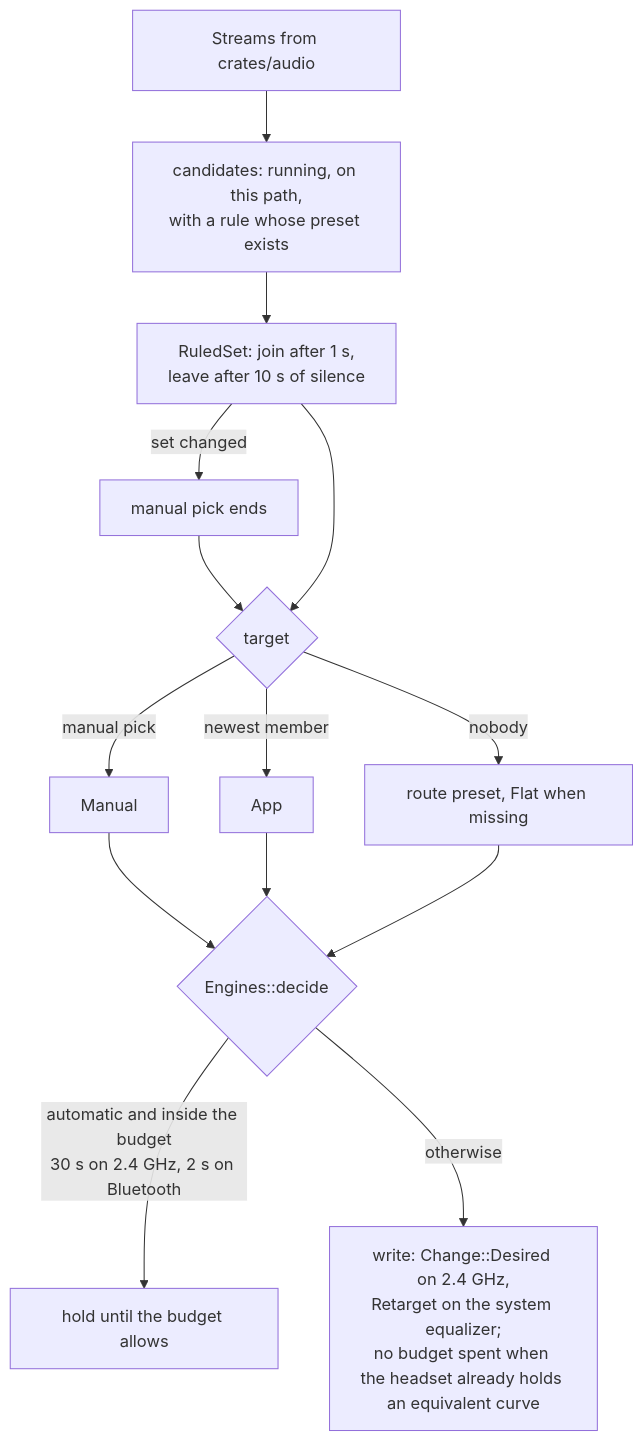
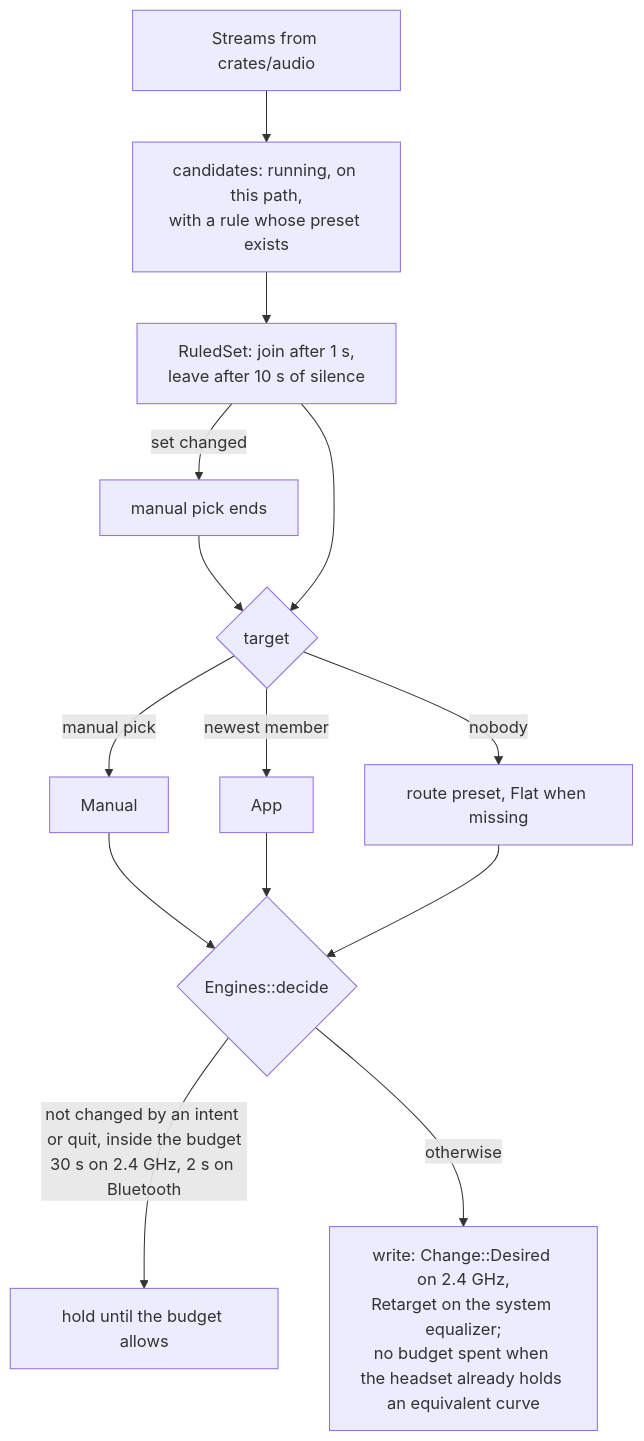
The third of 6 diagrams in docs/architecture/companion.md (marcelogm/arctis-companion), drawn with Mermaid before and after one commit. The commit also changed other lines of this file and 1 other file, not shown here.

````diff
--- a/docs/architecture/companion.md
+++ b/docs/architecture/companion.md
@@ -63,14 +66,14 @@
 ```mermaid
 flowchart TD
     St["Streams from crates/audio"] --> Ca["candidates: running, on this path,<br/>with a rule whose preset exists"]
     Ca --> Rs["RuledSet: join after 1 s,<br/>leave after 10 s of silence"]
     Rs -- "set changed" --> Mp["manual pick ends"]
     Mp --> T{"target"}
     Rs --> T
     T -- "manual pick" --> Ma["Manual"]
     T -- "newest member" --> Ap["App"]
     T -- "nobody" --> Rp["route preset, Flat when missing"]
     Ma & Ap & Rp --> D{"Engines::decide"}
-    D -- "automatic and inside the budget<br/>30 s on 2.4 GHz, 2 s on Bluetooth" --> Ho["hold until the budget allows"]
+    D -- "not changed by an intent or quit, inside the budget<br/>30 s on 2.4 GHz, 2 s on Bluetooth" --> Ho["hold until the budget allows"]
     D -- "otherwise" --> Wr["write: Change::Desired on 2.4 GHz,<br/>Retarget on the system equalizer;<br/>no budget spent when the headset already holds an equivalent curve"]
 ```
````
